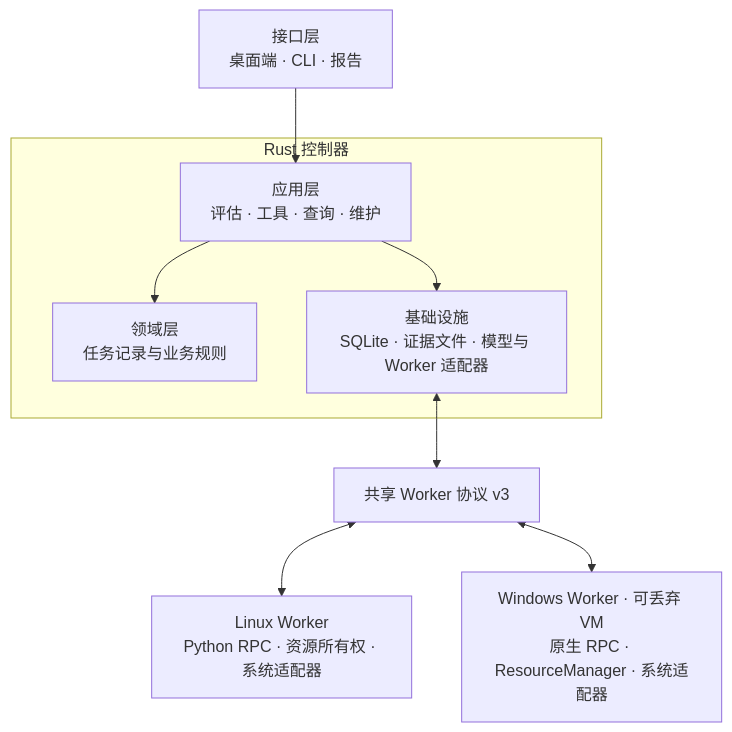
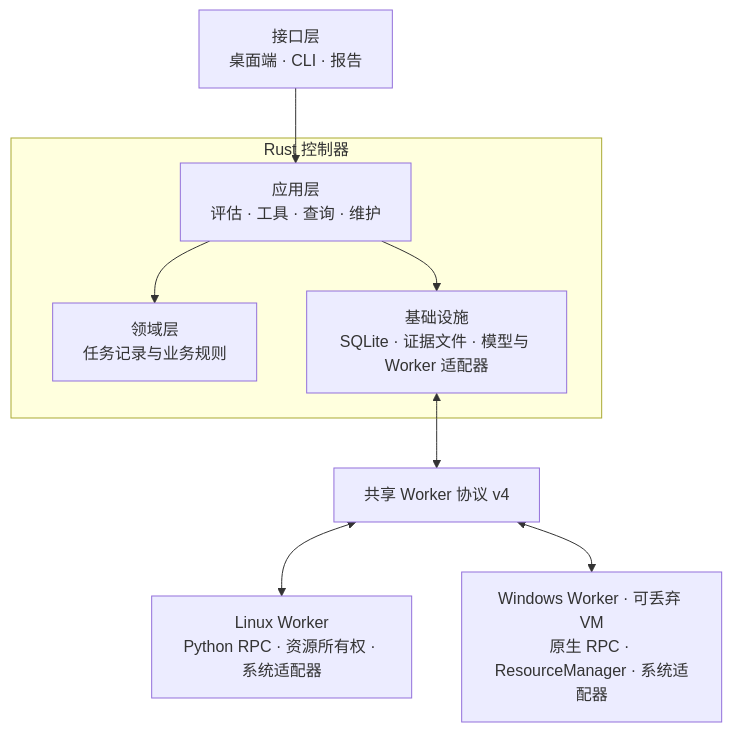
The first of 3 diagrams in docs/design/architecture.zh-CN.md (mark0-cn/Wukong), drawn with Mermaid before and after one commit. The commit also changed other lines of this file and 10 other files, not shown here.

````diff
--- a/docs/design/architecture.zh-CN.md
+++ b/docs/design/architecture.zh-CN.md
@@ -19,18 +19,18 @@
 ```mermaid
 flowchart TB
     IN["接口层<br/>桌面端 · CLI · 报告"]
     subgraph CONTROL["Rust 控制器"]
         APP["应用层<br/>评估 · 工具 · 查询 · 维护"]
         DOMAIN["领域层<br/>任务记录与业务规则"]
         IO["基础设施<br/>SQLite · 证据文件 · 模型与 Worker 适配器"]
         APP --> DOMAIN
         APP --> IO
     end
-    PROTO["共享 Worker 协议 v3"]
+    PROTO["共享 Worker 协议 v4"]
     LINUX["Linux Worker<br/>Python RPC · 资源所有权 · 系统适配器"]
     WIN["Windows Worker · 可丢弃 VM<br/>原生 RPC · ResourceManager · 系统适配器"]
     IN --> APP
     IO <--> PROTO
     PROTO <--> LINUX
     PROTO <--> WIN
 ```
````
